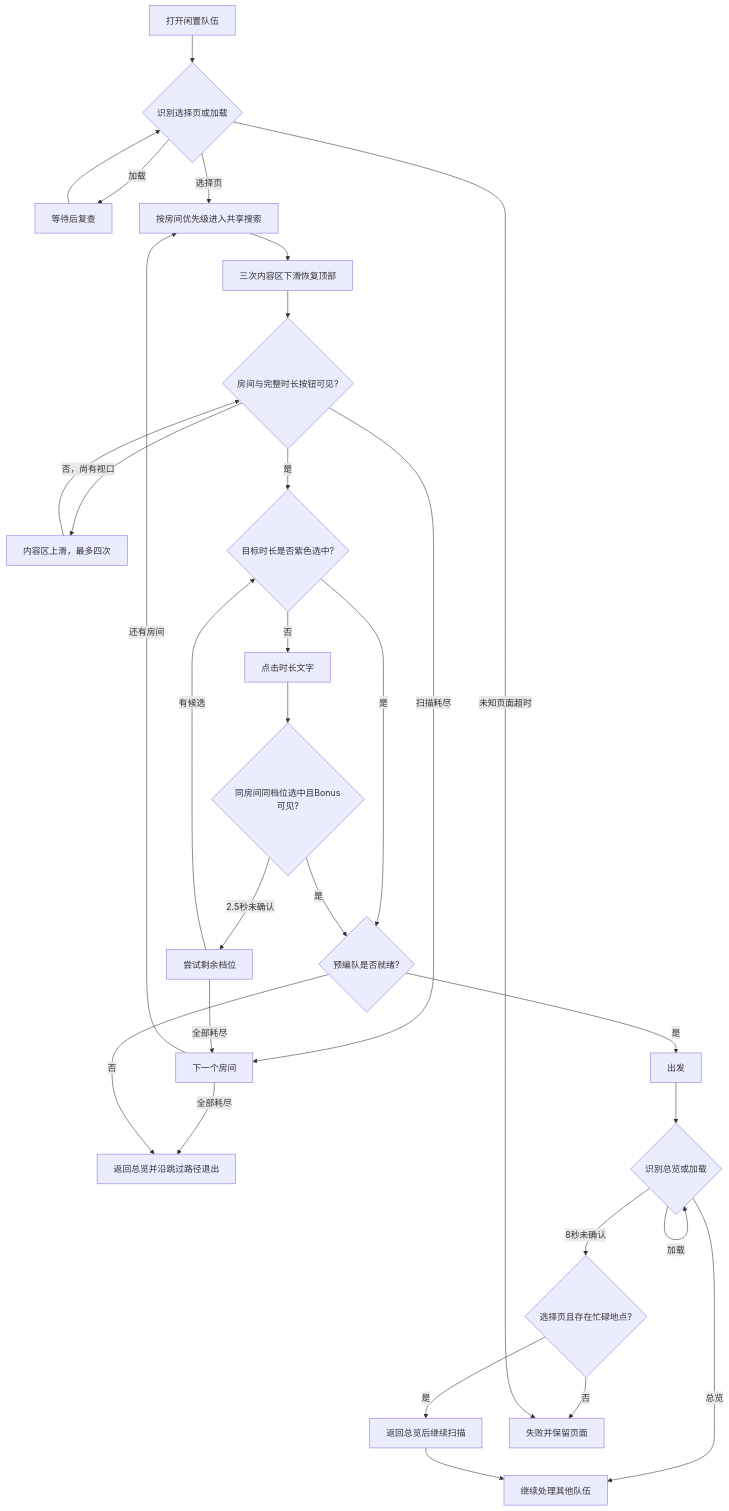
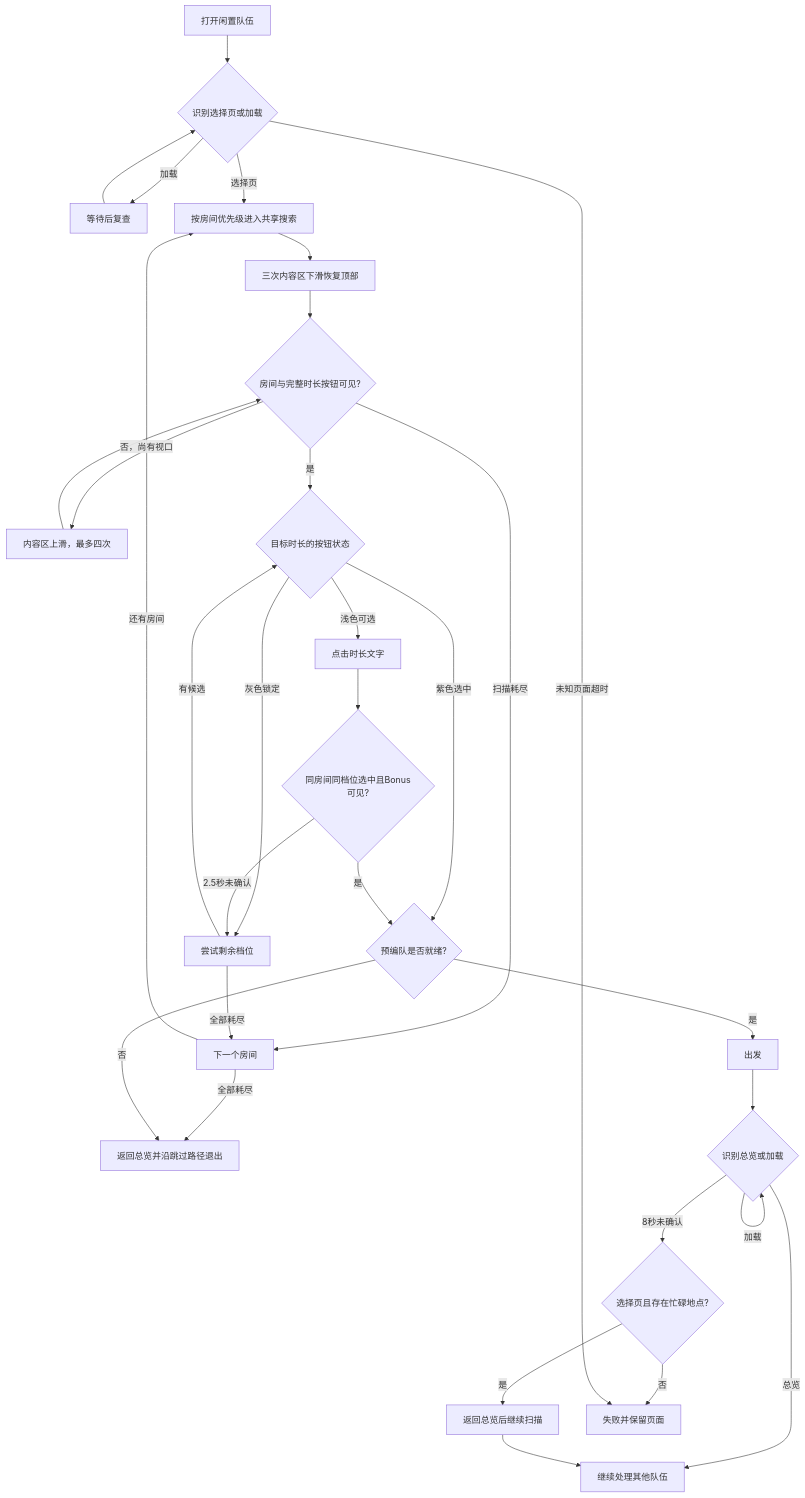
Before and after one commit to cccrx1/TKFMaa: the second of 2 diagrams in docs/zh_cn/tasks/daily_dispatch.md, drawn with Mermaid. The commit also changed other lines of this file and 2 other files, not shown here.

````diff
--- a/docs/zh_cn/tasks/daily_dispatch.md
+++ b/docs/zh_cn/tasks/daily_dispatch.md
@@ -67,32 +67,33 @@
 ```mermaid
 flowchart TD
     Start[打开闲置队伍] --> State{识别选择页或加载}
     State -->|加载| Wait[等待后复查]
     Wait --> State
     State -->|选择页| Room[按房间优先级进入共享搜索]
     Room --> Reset[三次内容区下滑恢复顶部]
     Reset --> Search{房间与完整时长按钮可见?}
     Search -->|否，尚有视口| Swipe[内容区上滑，最多四次]
     Swipe --> Search
     Search -->|扫描耗尽| Next[下一个房间]
-    Search -->|是| Selected{目标时长是否紫色选中?}
-    Selected -->|是| Team{预编队是否就绪?}
-    Selected -->|否| Pick[点击时长文字]
+    Search -->|是| Selected{目标时长的按钮状态}
+    Selected -->|紫色选中| Team{预编队是否就绪?}
+    Selected -->|浅色可选| Pick[点击时长文字]
+    Selected -->|灰色锁定| Remaining[尝试剩余档位]
     Pick --> Verify{同房间同档位选中且Bonus可见?}
     Verify -->|是| Team
     Verify -->|2.5秒未确认| Remaining[尝试剩余档位]
     Remaining -->|有候选| Selected
     Remaining -->|全部耗尽| Next
     Next -->|还有房间| Room
     Next -->|全部耗尽| Skip[返回总览并沿跳过路径退出]
     Team -->|否| Skip
     Team -->|是| Launch[出发]
     Launch --> After{识别总览或加载}
     After -->|加载| After
     After -->|总览| Scan[继续处理其他队伍]
     After -->|8秒未确认| Fallback{选择页且存在忙碌地点?}
     Fallback -->|是| Return[返回总览后继续扫描]
     Fallback -->|否| Fail[失败并保留页面]
     Return --> Scan
     State -->|未知页面超时| Fail
 ```
````
